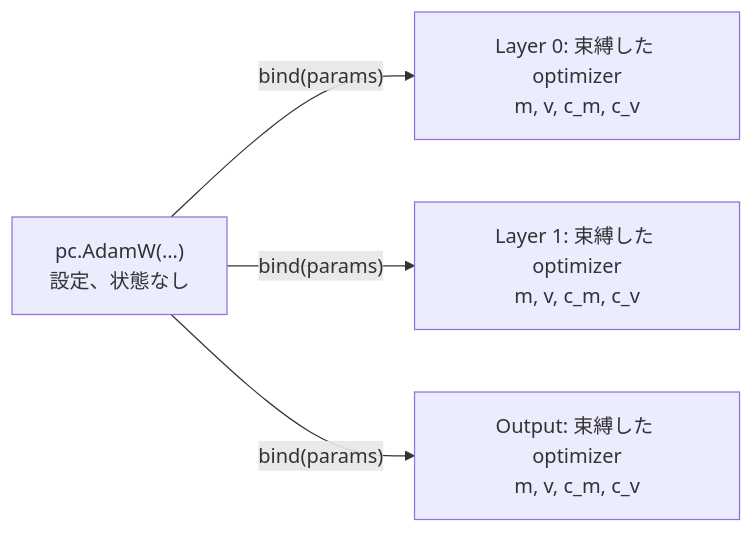
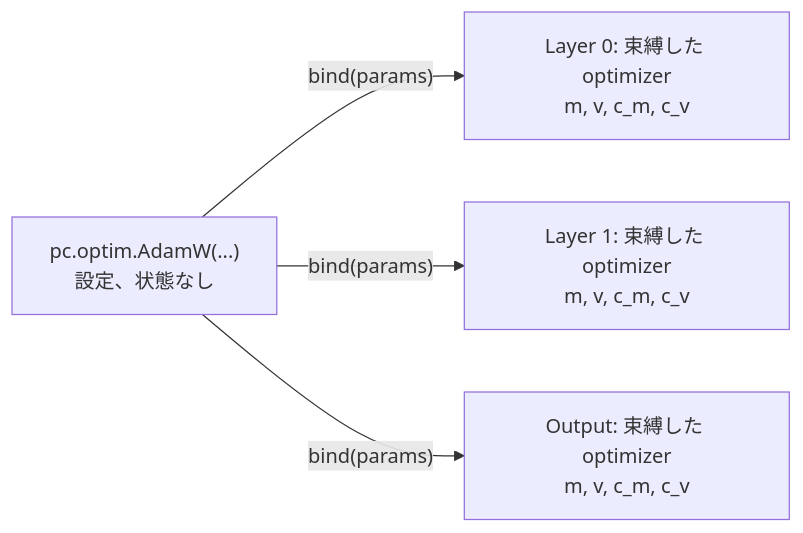
The third of 3 diagrams in docs/ja/topics/pc-concepts.md (Geson-anko/mujou), drawn with Mermaid before and after one commit. The commit also changed other lines of this file and 63 other files, not shown here.

````diff
--- a/docs/ja/topics/pc-concepts.md
+++ b/docs/ja/topics/pc-concepts.md
@@ -225,6 +225,6 @@
 ```mermaid
 flowchart LR
-    S["pc.AdamW(...)<br/>設定、状態なし"] -->|"bind(params)"| B0["Layer 0: 束縛した optimizer<br/>m, v, c_m, c_v"]
+    S["pc.optim.AdamW(...)<br/>設定、状態なし"] -->|"bind(params)"| B0["Layer 0: 束縛した optimizer<br/>m, v, c_m, c_v"]
     S -->|"bind(params)"| B1["Layer 1: 束縛した optimizer<br/>m, v, c_m, c_v"]
     S -->|"bind(params)"| B2["Output: 束縛した optimizer<br/>m, v, c_m, c_v"]
 ```
````
